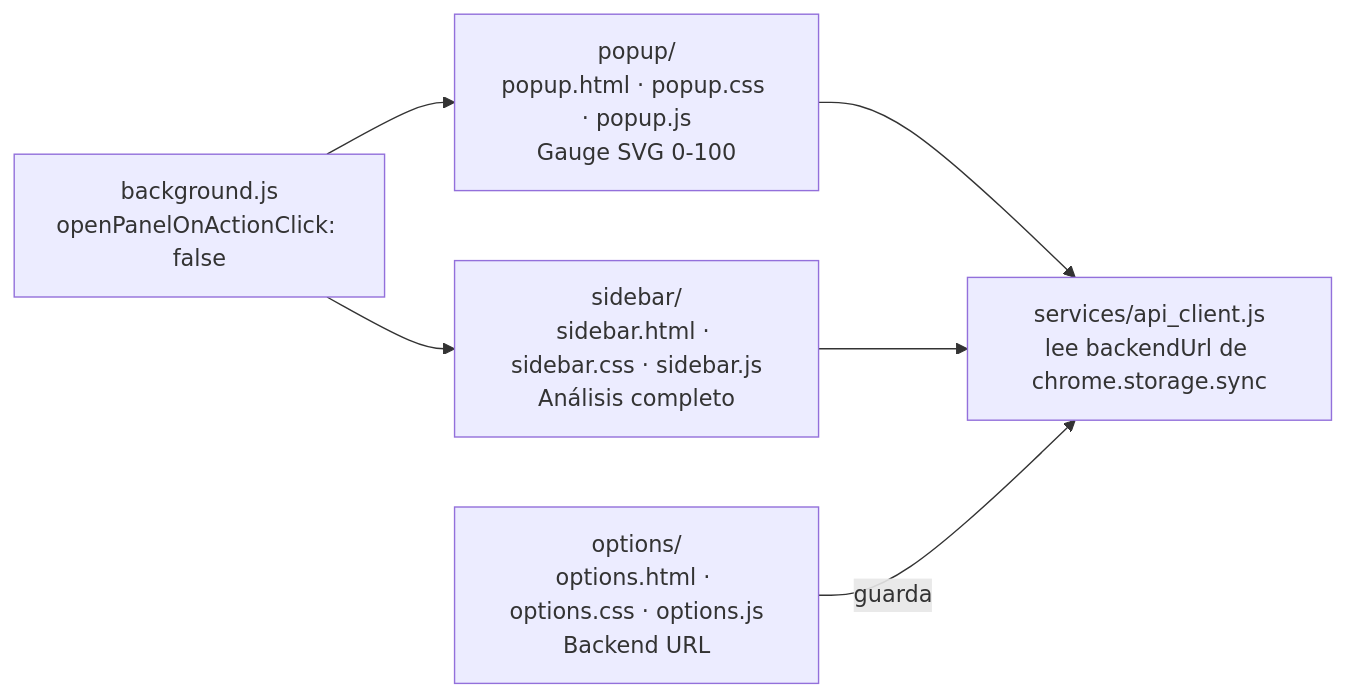
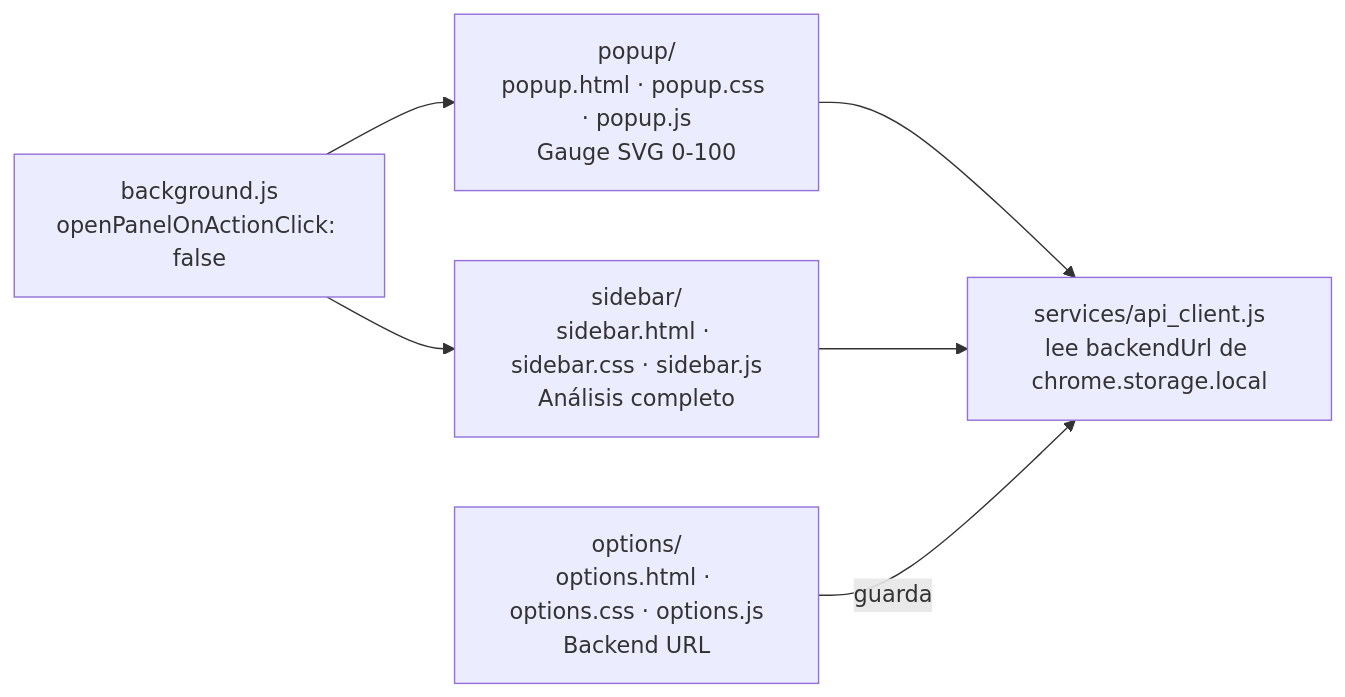
The second of 2 diagrams in docs/architecture.md (melsysdev-web/phishing_ia), drawn with Mermaid before and after one commit. The commit also changed 25 other files, not shown here.

````diff
--- a/docs/architecture.md
+++ b/docs/architecture.md
@@ -128,14 +128,14 @@
 ```mermaid
 flowchart LR
     BG[background.js\nopenPanelOnActionClick: false]
     POP[popup/\npopup.html · popup.css · popup.js\nGauge SVG 0-100]
     SB[sidebar/\nsidebar.html · sidebar.css · sidebar.js\nAnálisis completo]
     OPT[options/\noptions.html · options.css · options.js\nBackend URL]
-    API[services/api_client.js\nlee backendUrl de chrome.storage.sync]
+    API[services/api_client.js\nlee backendUrl de chrome.storage.local]
 
     BG --> POP
     BG --> SB
     POP --> API
     SB --> API
     OPT -->|guarda| API
 ```
````
